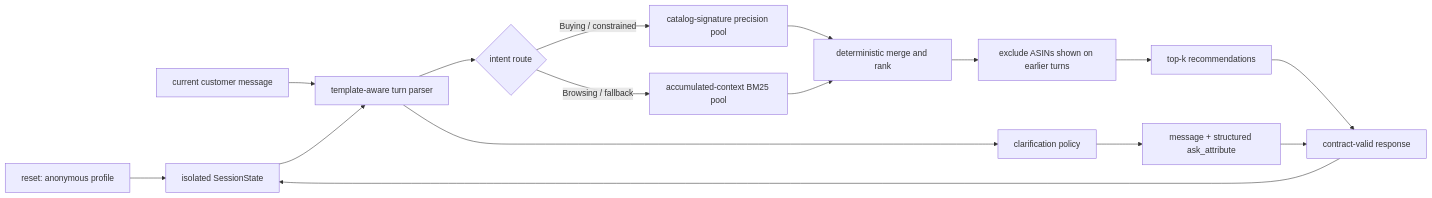
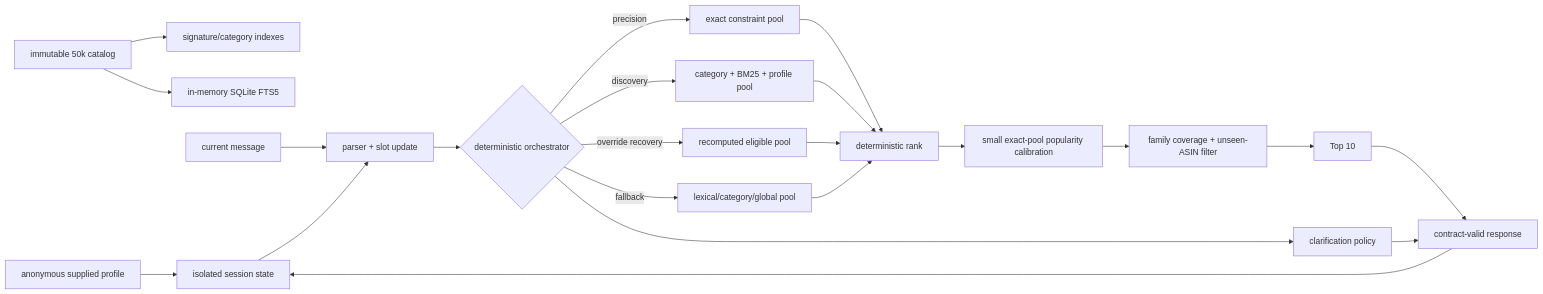
The diagram in README.md (shang-yi-qian/shopping-copilot), drawn with Mermaid before and after one commit. The commit also changed other lines of this file and 3 other files, not shown here.

````diff
--- a/README.md
+++ b/README.md
@@ -53,18 +42,24 @@
 ```mermaid
 flowchart LR
-    A[reset: anonymous profile] --> B[isolated SessionState]
-    C[current customer message] --> D[template-aware turn parser]
-    B --> D
-    D --> E{intent route}
-    E -->|Buying / constrained| F[catalog-signature precision pool]
-    E -->|Browsing / fallback| G[accumulated-context BM25 pool]
-    F --> H[deterministic merge and rank]
-    G --> H
-    H --> I[exclude ASINs shown on earlier turns]
-    I --> J[top-k recommendations]
-    D --> K[clarification policy]
-    K --> L[message + structured ask_attribute]
-    J --> M[contract-valid response]
+    A[immutable 50k catalog] --> B[signature/category indexes]
+    A --> C[in-memory SQLite FTS5]
+    D[anonymous supplied profile] --> E[isolated session state]
+    F[current message] --> G[parser + slot update]
+    E --> G
+    G --> H{deterministic orchestrator}
+    H -->|precision| I[exact constraint pool]
+    H -->|discovery| J[category + BM25 + profile pool]
+    H -->|override recovery| K[recomputed eligible pool]
+    H -->|fallback| L[lexical/category/global pool]
+    I --> M[deterministic rank]
+    J --> M
+    K --> M
     L --> M
-    M --> B
+    M --> N[small exact-pool popularity calibration]
+    N --> R[family coverage + unseen-ASIN filter]
+    R --> O[Top 10]
+    H --> P[clarification policy]
+    O --> Q[contract-valid response]
+    P --> Q
+    Q --> E
 ```
````
